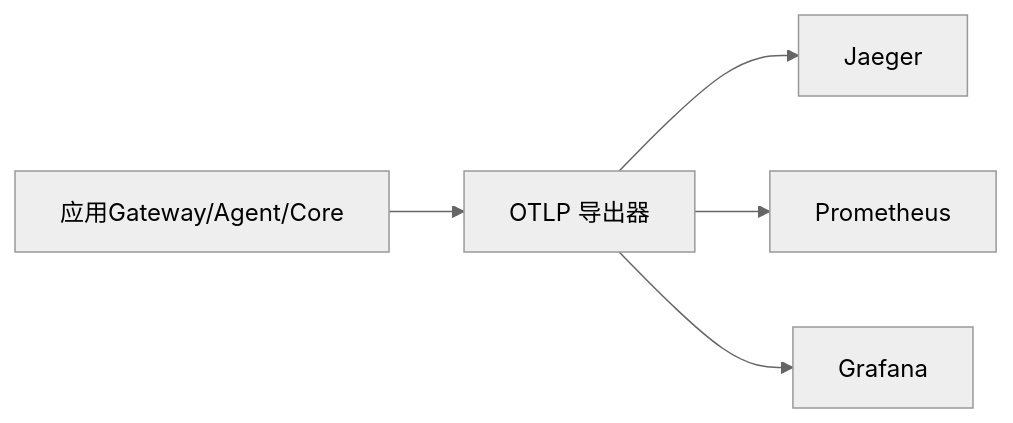
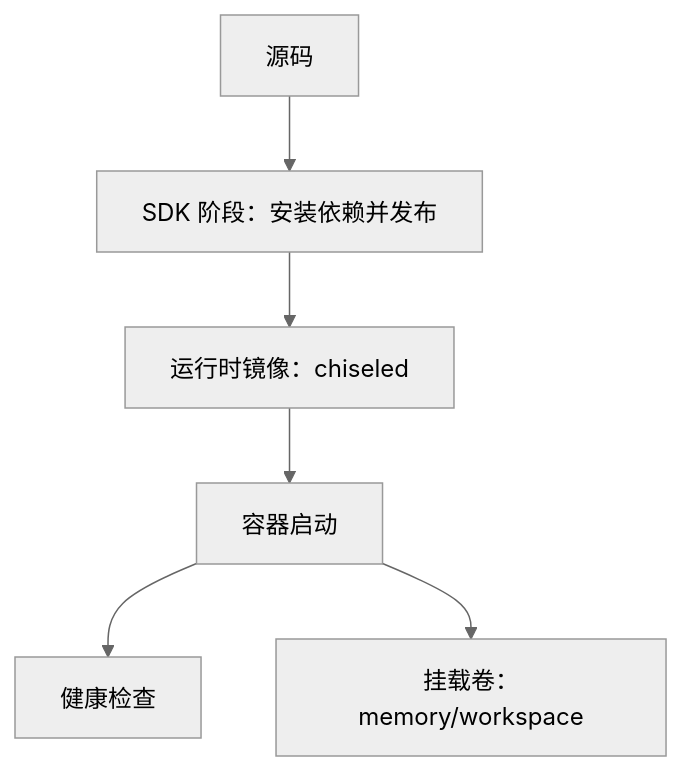
The seventh of 8 diagrams in .qoder/repowiki/zh/content/项目概述/技术栈概览.md (wayyet/kingcrab), drawn with Mermaid (neutral theme) before and after one commit. The commit also changed other lines of this file and 431 other files, not shown here.

````diff
--- a/.qoder/repowiki/zh/content/项目概述/技术栈概览.md
+++ b/.qoder/repowiki/zh/content/项目概述/技术栈概览.md
@@ -296,7 +291,8 @@
 ```mermaid
-graph LR
-App["应用Gateway/Agent/Core"] --> OTLP["OTLP 导出器"]
-OTLP --> Jaeger["Jaeger"]
-OTLP --> Prometheus["Prometheus"]
-OTLP --> Grafana["Grafana"]
+flowchart TD
+Dev["源码"] --> Build["SDK 阶段：安装依赖并发布"]
+Build --> Runtime["运行时镜像：chiseled"]
+Runtime --> Container["容器启动"]
+Container --> Health["健康检查"]
+Container --> Volume["挂载卷：memory/workspace"]
 ```
````
